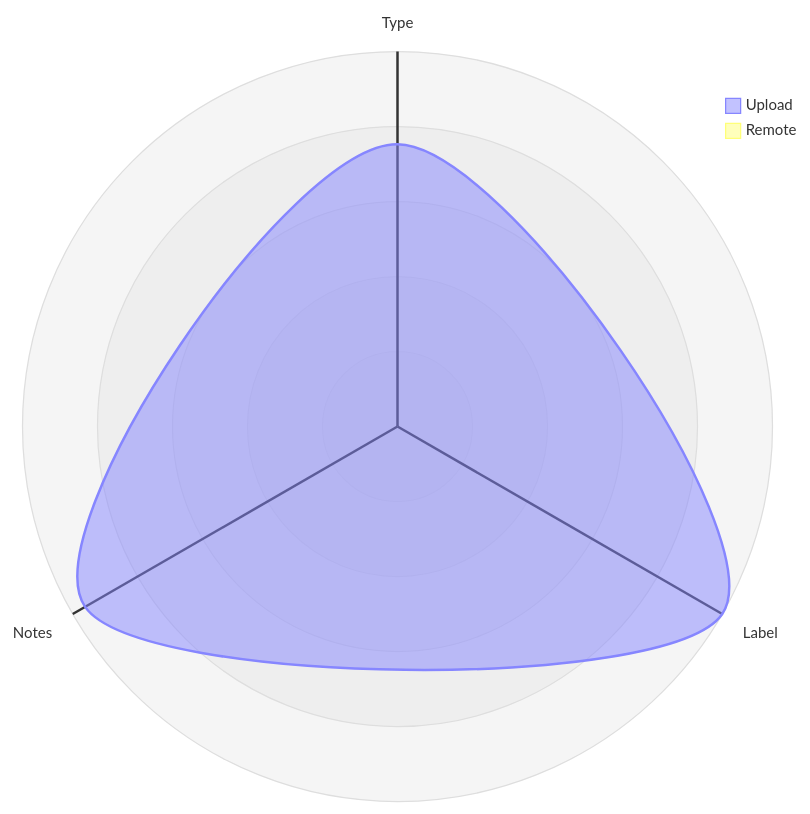
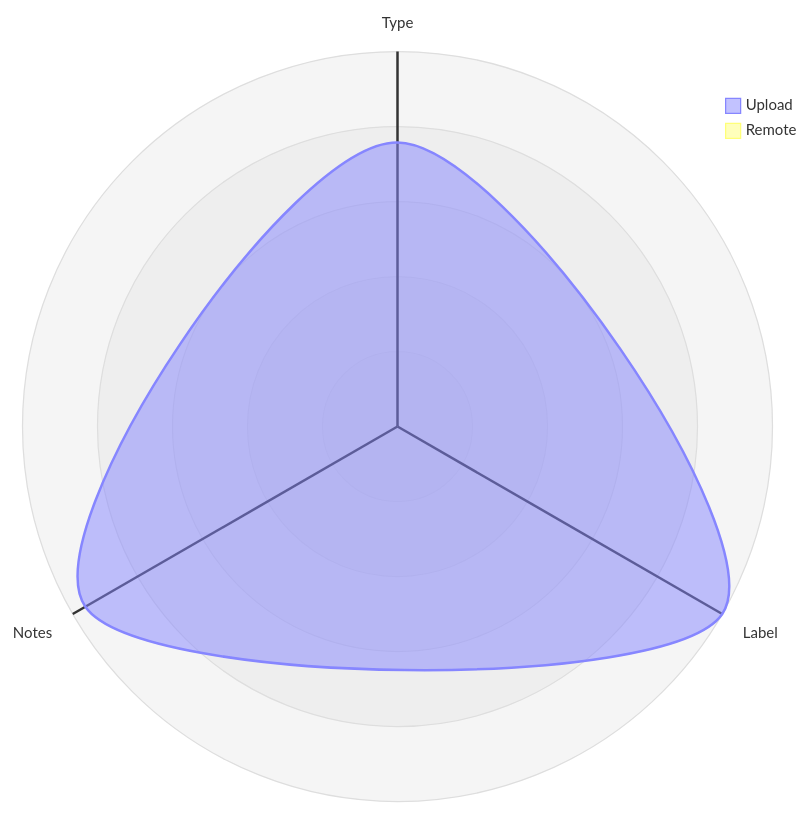
One commit to open-data/analytics-corporate-reporting changed the third of 5 diagrams in datastore_tracker/README.md. Above: the diagram before and after it, drawn with Mermaid. The commit also changed other lines of this file and 7 other files, not shown here.

````diff
--- a/datastore_tracker/README.md
+++ b/datastore_tracker/README.md
@@ -104,12 +104,12 @@
 ```mermaid
 radar-beta
   axis T["Type"], L["Label"], N["Notes"]
-  curve u["Upload"]{0.00079, 0.00105, 0.00101}
+  curve u["Upload"]{0.00078, 0.00103, 0.00099}
   curve r["Remote"]{0, 0, 0}
 
   showLegend true
 
   min 0
   graticule circle
   ticks 5
 ```
````
